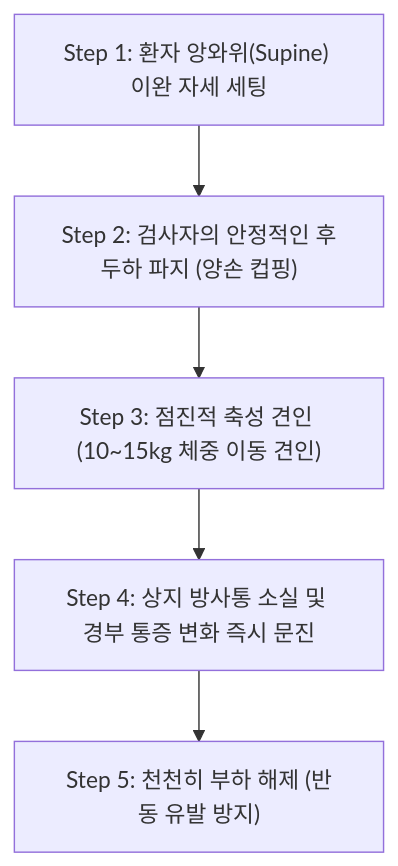
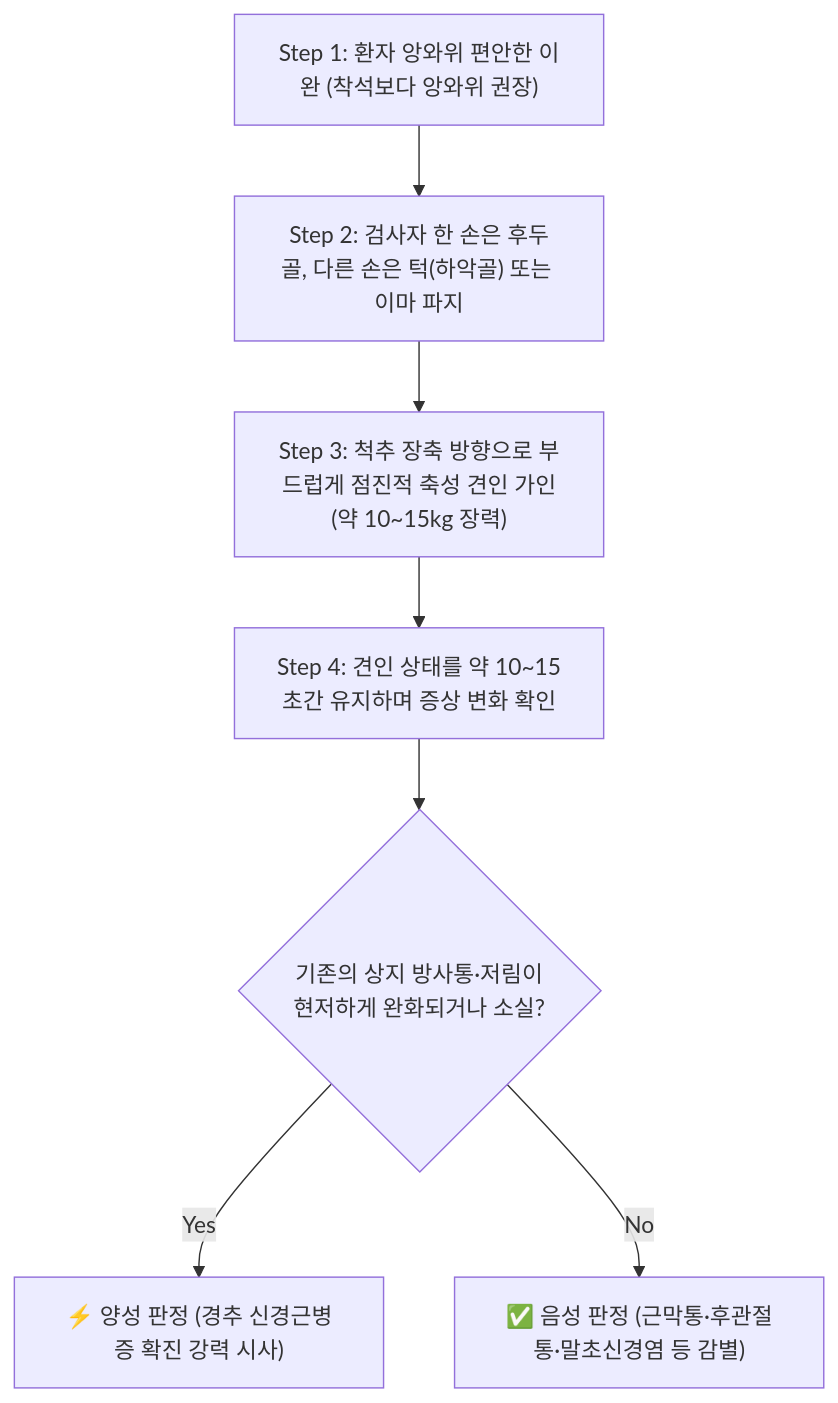
Before and after one commit to simbio11/simbio-digital-garden2: the first of 2 diagrams in content/1. 근골격계 공부/이학적 검사/01_경추/Distraction test.md, drawn with Mermaid. The commit also changed other lines of this file and 151 other files, not shown here.

````diff
--- a/content/1. 근골격계 공부/이학적 검사/01_경추/Distraction test.md
+++ b/content/1. 근골격계 공부/이학적 검사/01_경추/Distraction test.md
@@ -81,7 +53,9 @@
 ```mermaid
 graph TD
-    Step1["Step 1: 환자 앙와위(Supine) 이완 자세 세팅"] --> Step2["Step 2: 검사자의 안정적인 후두하 파지 (양손 컵핑)"]
-    Step2 --> Step3["Step 3: 점진적 축성 견인 (10~15kg 체중 이동 견인)"]
-    Step3 --> Step4["Step 4: 상지 방사통 소실 및 경부 통증 변화 즉시 문진"]
-    Step4 --> Release["Step 5: 천천히 부하 해제 (반동 유발 방지)"]
+    Step1["Step 1: 환자 앙와위 편안한 이완 (착석보다 앙와위 권장)"] --> Step2["Step 2: 검사자 한 손은 후두골, 다른 손은 턱(하악골) 또는 이마 파지"]
+    Step2 --> Step3["Step 3: 척추 장축 방향으로 부드럽게 점진적 축성 견인 가인<br>(약 10~15kg 장력)"]
+    Step3 --> Step4["Step 4: 견인 상태를 약 10~15초간 유지하며 증상 변화 확인"]
+    Step4 --> Check{"기존의 상지 방사통·저림이<br>현저하게 완화되거나 소실?"}
+    Check -- Yes --> Pos["⚡ 양성 판정 (경추 신경근병증 확진 강력 시사)"]
+    Check -- No --> Neg["✅ 음성 판정 (근막통·후관절통·말초신경염 등 감별)"]
 ```
````
